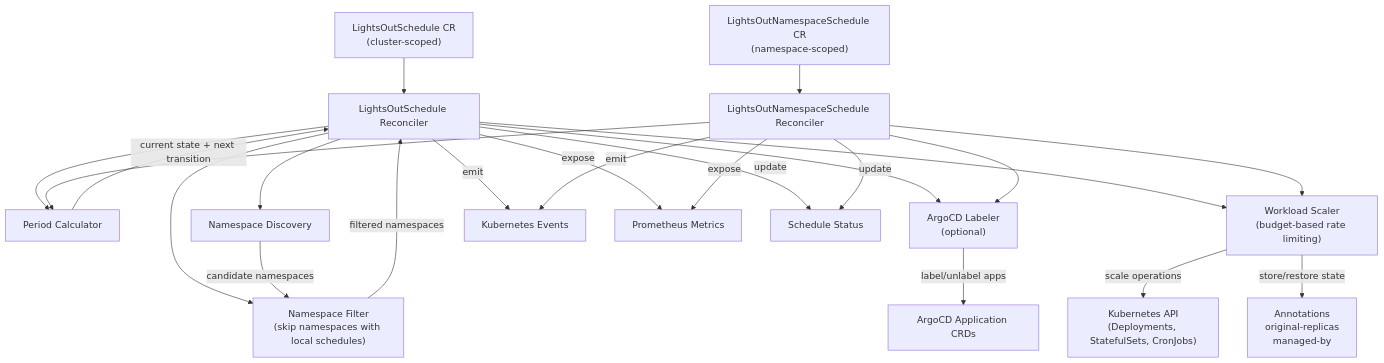
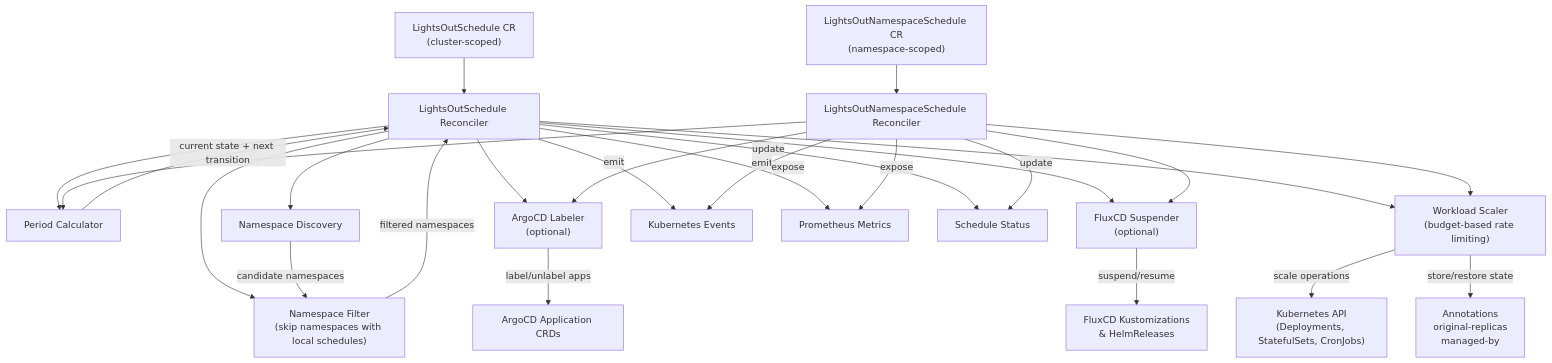
The second of 2 diagrams in docs/architecture.md (gjorgji-ts/lightsout), drawn with Mermaid before and after one commit. The commit also changed other lines of this file and 20 other files, not shown here.

````diff
--- a/docs/architecture.md
+++ b/docs/architecture.md
@@ -41,25 +41,28 @@
 ```mermaid
 flowchart TD
     CR["LightsOutSchedule CR<br/>(cluster-scoped)"] --> R["LightsOutSchedule Reconciler"]
     NSCR["LightsOutNamespaceSchedule CR<br/>(namespace-scoped)"] --> NSR["LightsOutNamespaceSchedule Reconciler"]
     R --> PC["Period Calculator"]
     R --> ND["Namespace Discovery"]
     R --> NF["Namespace Filter<br/>(skip namespaces with local schedules)"]
     PC -->|"current state + next transition"| R
     ND -->|"candidate namespaces"| NF
     NF -->|"filtered namespaces"| R
     NSR --> PC
     R --> AL["ArgoCD Labeler<br/>(optional)"]
     NSR --> AL
+    R --> FL["FluxCD Suspender<br/>(optional)"]
+    NSR --> FL
     R --> WS["Workload Scaler<br/>(budget-based rate limiting)"]
     NSR --> WS
     AL -->|"label/unlabel apps"| ArgoCD["ArgoCD Application CRDs"]
+    FL -->|"suspend/resume"| Flux["FluxCD Kustomizations<br/>& HelmReleases"]
     WS -->|"scale operations"| K8s["Kubernetes API<br/>(Deployments, StatefulSets, CronJobs)"]
     WS -->|"store/restore state"| Ann["Annotations<br/>original-replicas<br/>managed-by"]
     R -->|"emit"| Ev["Kubernetes Events"]
     NSR -->|"emit"| Ev
     R -->|"expose"| Met["Prometheus Metrics"]
     NSR -->|"expose"| Met
     R -->|"update"| Status["Schedule Status"]
     NSR -->|"update"| Status
 ```
````
